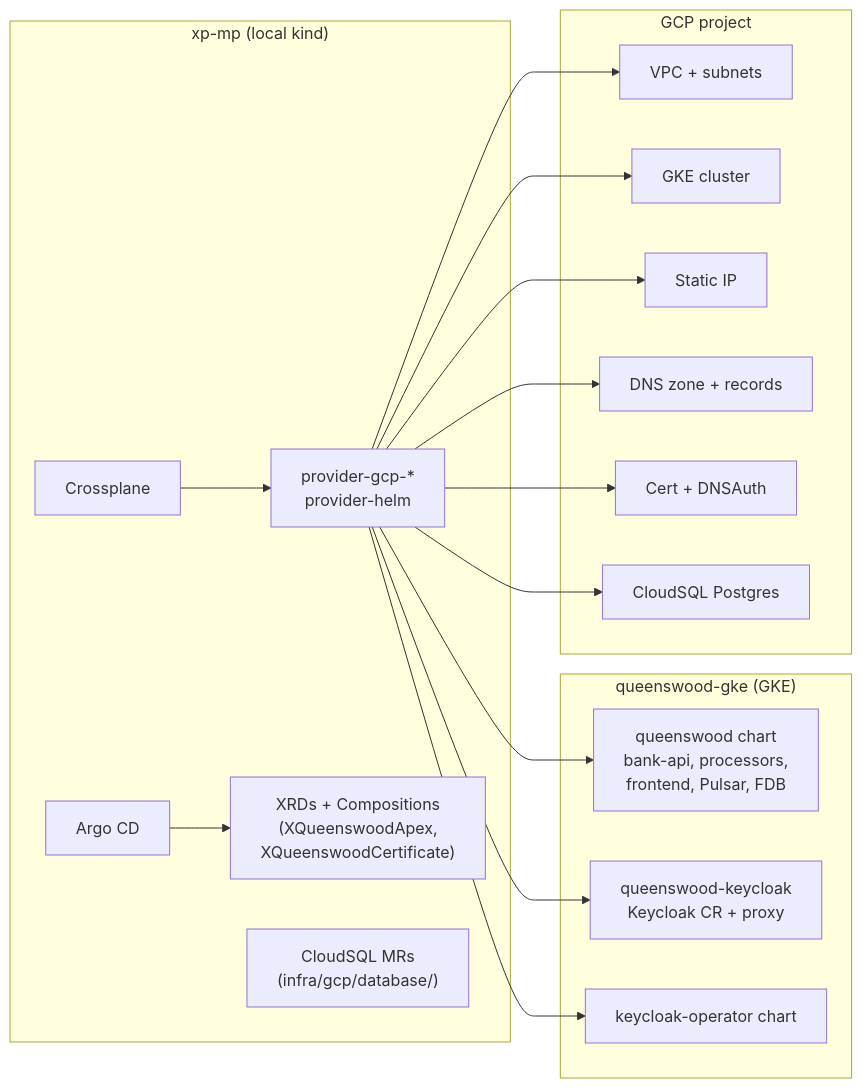
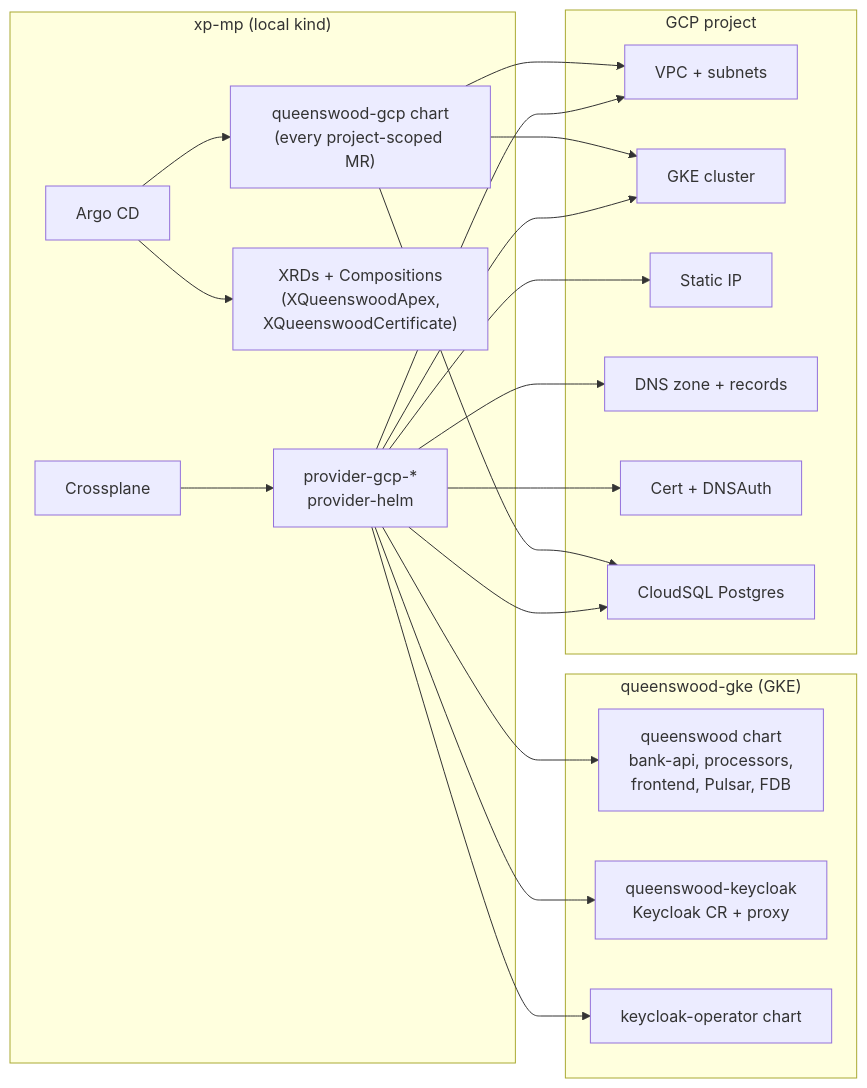
One commit to kjothen/queenswood changed the diagram in docs/tdd/infrastructure.md. Above: the diagram before and after it, drawn with Mermaid. The commit also changed other lines of this file and 3 other files, not shown here.

````diff
--- a/docs/tdd/infrastructure.md
+++ b/docs/tdd/infrastructure.md
@@ -27,34 +27,38 @@
 ```mermaid
 flowchart LR
   subgraph mgmt["xp-mp (local kind)"]
     argo[Argo CD]
     xp[Crossplane]
     providers["provider-gcp-*<br/>provider-helm"]
     xrds["XRDs + Compositions<br/>(XQueenswoodApex,<br/>XQueenswoodCertificate)"]
-    db["CloudSQL MRs<br/>(infra/gcp/database/)"]
+    qwgcp["queenswood-gcp chart<br/>(every project-scoped MR)"]
   end
   subgraph gke["queenswood-gke (GKE)"]
     qw[queenswood chart<br/>bank-api, processors,<br/>frontend, Pulsar, FDB]
     kc[queenswood-keycloak<br/>Keycloak CR + proxy]
     kco[keycloak-operator chart]
   end
   subgraph gcp["GCP project"]
     vpc[VPC + subnets]
     cluster[GKE cluster]
     ip[Static IP]
     dns[DNS zone + records]
     cert[Cert + DNSAuth]
     sql[CloudSQL Postgres]
   end
   argo --> xrds
+  argo --> qwgcp
   xp --> providers
+  qwgcp --> vpc
+  qwgcp --> cluster
+  qwgcp --> sql
   providers --> vpc
   providers --> cluster
   providers --> ip
   providers --> dns
   providers --> cert
   providers --> sql
   providers --> qw
   providers --> kc
   providers --> kco
 ```
````
